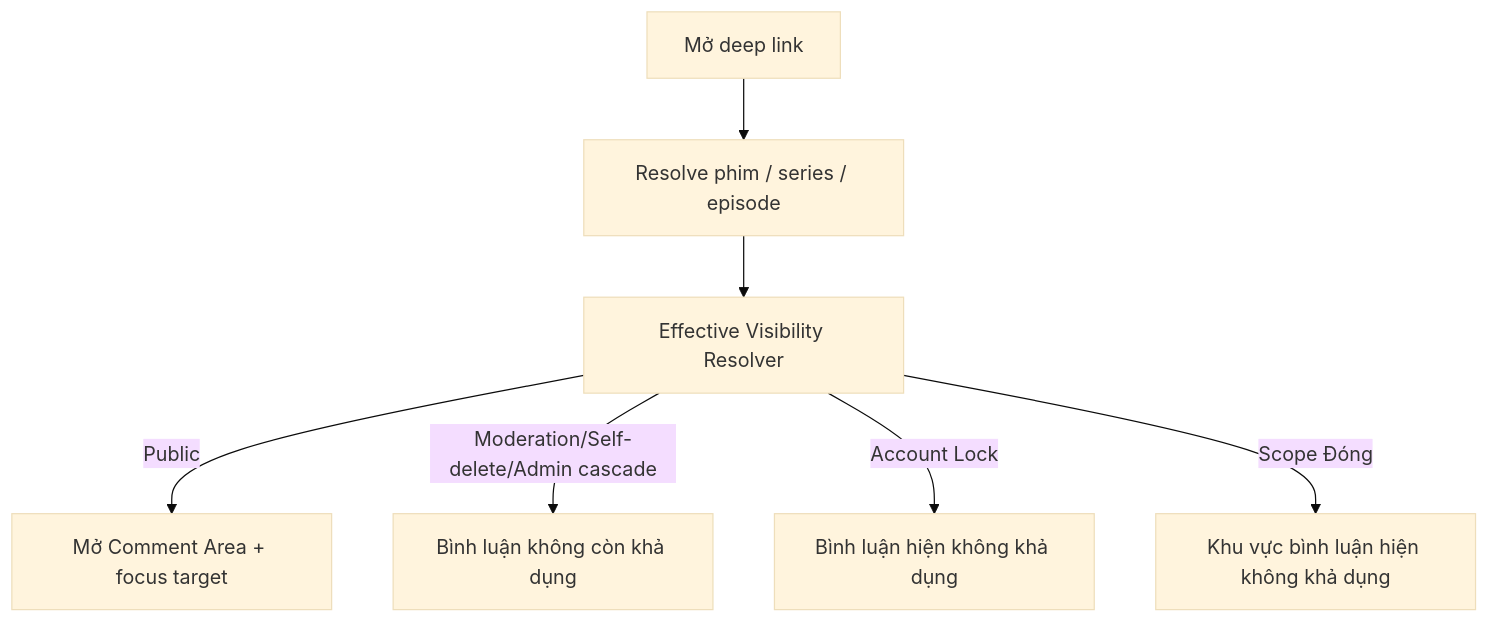
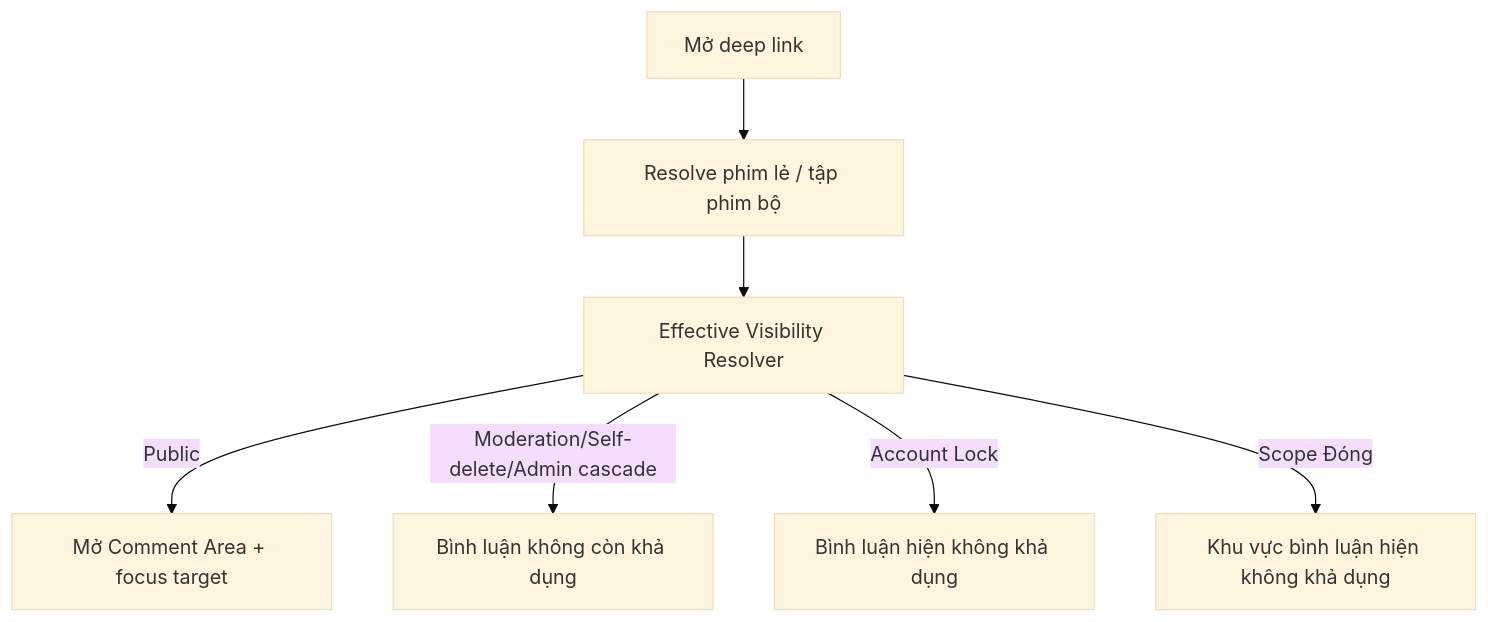
Before and after one commit to TanUIUX/MyTV-Comment: the fourth of 9 diagrams in UX_INFORMATION_ARCHITECTURE_SCREEN_MAP.md, drawn with Mermaid (base theme). The commit also changed other lines of this file and 15 other files, not shown here.

````diff
--- a/UX_INFORMATION_ARCHITECTURE_SCREEN_MAP.md
+++ b/UX_INFORMATION_ARCHITECTURE_SCREEN_MAP.md
@@ -300,9 +303,9 @@
 ```mermaid
 flowchart TD
-    DL["Mở deep link"] --> CTX["Resolve phim / series / episode"]
+    DL["Mở deep link"] --> CTX["Resolve phim lẻ / tập phim bộ"]
     CTX --> VIS["Effective Visibility Resolver"]
     VIS -->|Public| TARGET["Mở Comment Area + focus target"]
     VIS -->|Moderation/Self-delete/Admin cascade| F1["Bình luận không còn khả dụng"]
     VIS -->|Account Lock| F2["Bình luận hiện không khả dụng"]
     VIS -->|Scope Đóng| F3["Khu vực bình luận hiện không khả dụng"]
 ```
````
